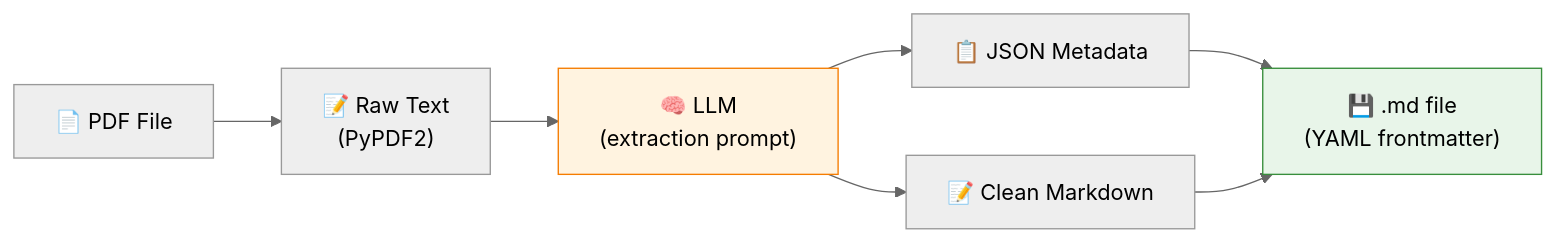
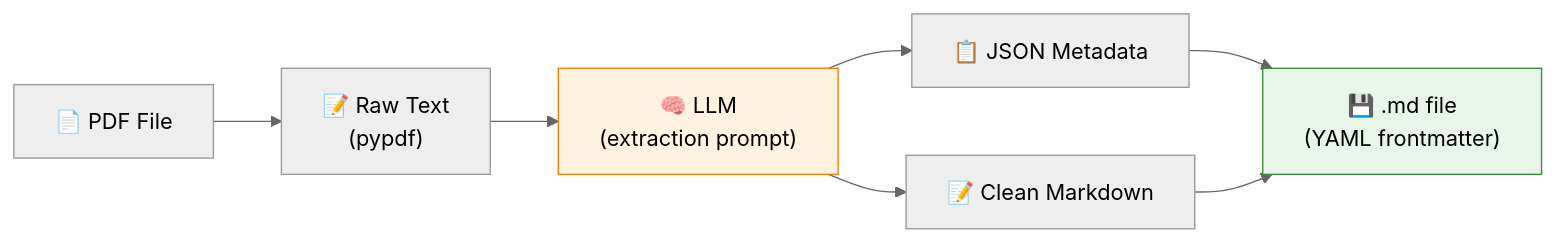
The first of 6 diagrams in week_06.md (MIRAE-Laboratory/UST_Lecture_AgenticAI), drawn with Mermaid (neutral theme) before and after one commit. The commit also changed other lines of this file and 26 other files, not shown here.

````diff
--- a/week_06.md
+++ b/week_06.md
@@ -144,11 +144,11 @@
 ```mermaid
 graph LR
-    A["📄 PDF File"] --> B["📝 Raw Text<br>(PyPDF2)"]
+    A["📄 PDF File"] --> B["📝 Raw Text<br>(pypdf)"]
     B --> C["🧠 LLM<br>(extraction prompt)"]
     C --> D["📋 JSON Metadata"]
     C --> E["📝 Clean Markdown"]
     D --> F["💾 .md file<br>(YAML frontmatter)"]
     E --> F
     style C fill:#fff3e0,stroke:#f57c00
     style F fill:#e8f5e9,stroke:#388e3c
 ```
````
